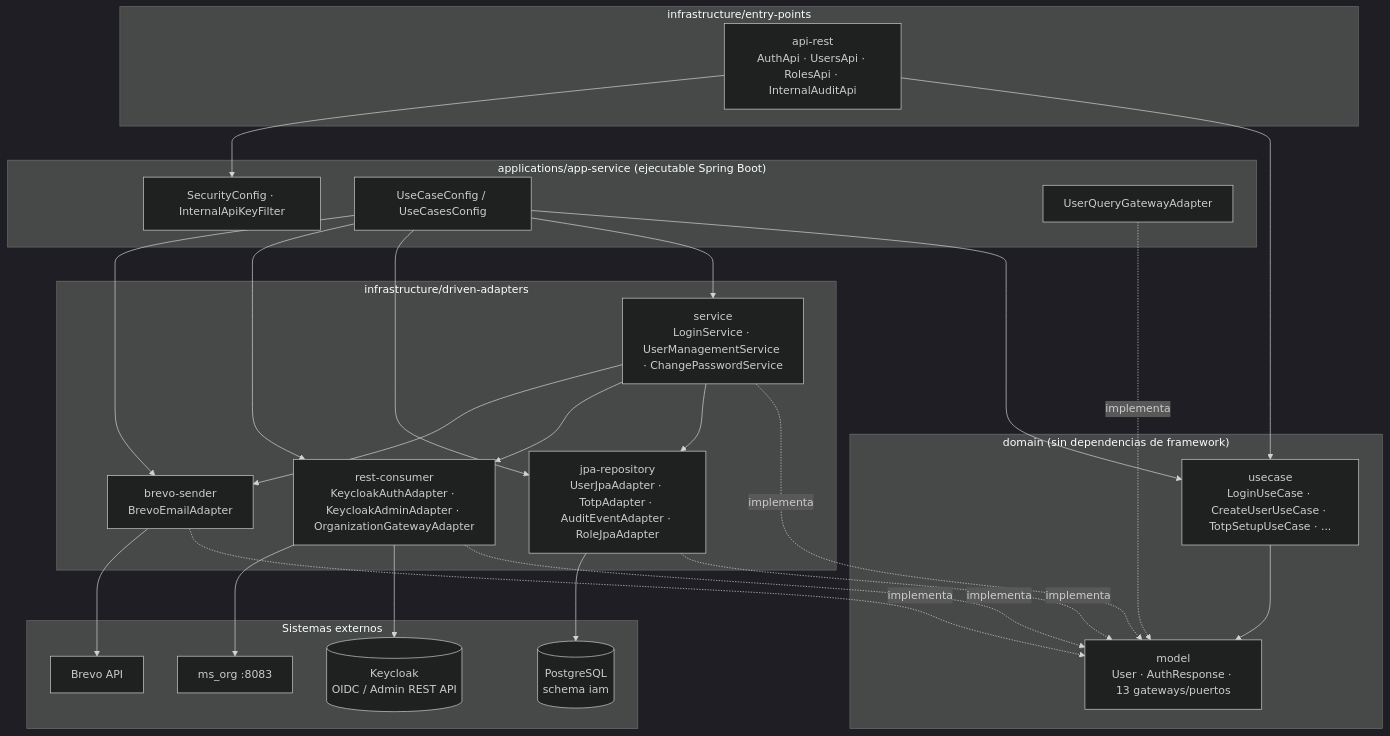
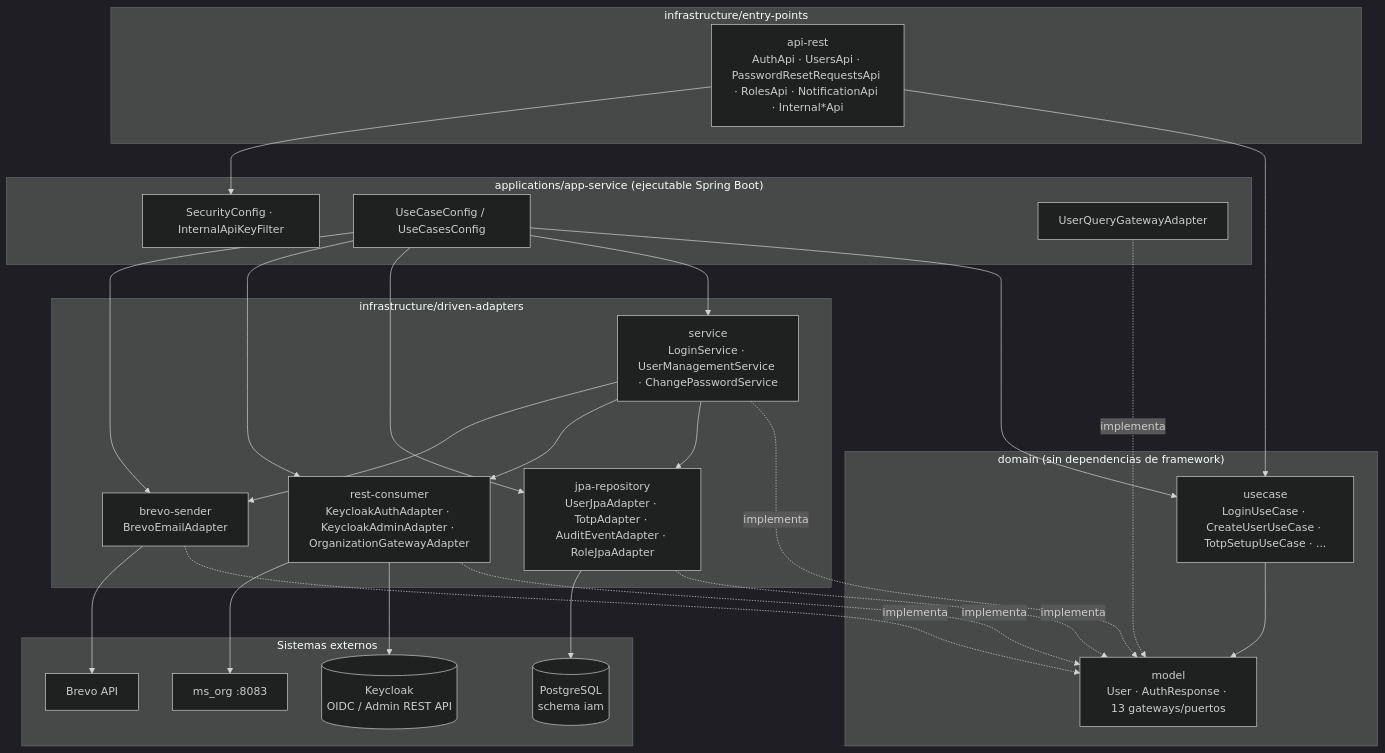
One commit to jdtovar07/MSPI_NVA_CO_DOCS changed the first of 7 diagrams in Documentacion-Backend/ms_iam/03-Diseno.md. Above: the diagram before and after it, drawn with Mermaid (dark theme). The commit also changed other lines of this file and 5 other files, not shown here.

Commit message:
docs(iam): align SDLC docs with audit/admin extraction, notifications and SOL-PWD flow

````diff
--- a/Documentacion-Backend/ms_iam/03-Diseno.md
+++ b/Documentacion-Backend/ms_iam/03-Diseno.md
@@ -126,54 +127,54 @@
 ```mermaid
 flowchart TB
     subgraph EntryPoints["infrastructure/entry-points"]
-        API[api-rest<br/>AuthApi · UsersApi · RolesApi · InternalAuditApi]
+        API[api-rest<br/>AuthApi · UsersApi · PasswordResetRequestsApi · RolesApi · NotificationApi · Internal*Api]
     end
 
     subgraph Domain["domain (sin dependencias de framework)"]
         UC[usecase<br/>LoginUseCase · CreateUserUseCase · TotpSetupUseCase · ...]
         MODEL[model<br/>User · AuthResponse · 13 gateways/puertos]
     end
 
     subgraph DrivenAdapters["infrastructure/driven-adapters"]
         SVC[service<br/>LoginService · UserManagementService · ChangePasswordService]
         JPA[jpa-repository<br/>UserJpaAdapter · TotpAdapter · AuditEventAdapter · RoleJpaAdapter]
         REST[rest-consumer<br/>KeycloakAuthAdapter · KeycloakAdminAdapter · OrganizationGatewayAdapter]
         MAIL[brevo-sender<br/>BrevoEmailAdapter]
     end
 
     subgraph AppService["applications/app-service (ejecutable Spring Boot)"]
         SEC[SecurityConfig · InternalApiKeyFilter]
         WIRE[UseCaseConfig / UseCasesConfig]
         UQ[UserQueryGatewayAdapter]
     end
 
     subgraph External["Sistemas externos"]
         KC[(Keycloak<br/>OIDC / Admin REST API)]
         PG[(PostgreSQL<br/>schema iam)]
         ORG[ms_org :8083]
         BREVO[Brevo API]
     end
 
     API --> UC
     UC --> MODEL
     SVC -.implementa.-> MODEL
     JPA -.implementa.-> MODEL
     REST -.implementa.-> MODEL
     MAIL -.implementa.-> MODEL
     UQ -.implementa.-> MODEL
 
     WIRE --> UC
     WIRE --> SVC
     WIRE --> JPA
     WIRE --> REST
     WIRE --> MAIL
 
     SVC --> JPA
     SVC --> REST
     SVC --> MAIL
     REST --> KC
     REST --> ORG
     MAIL --> BREVO
     JPA --> PG
     API --> SEC
 ```
````
